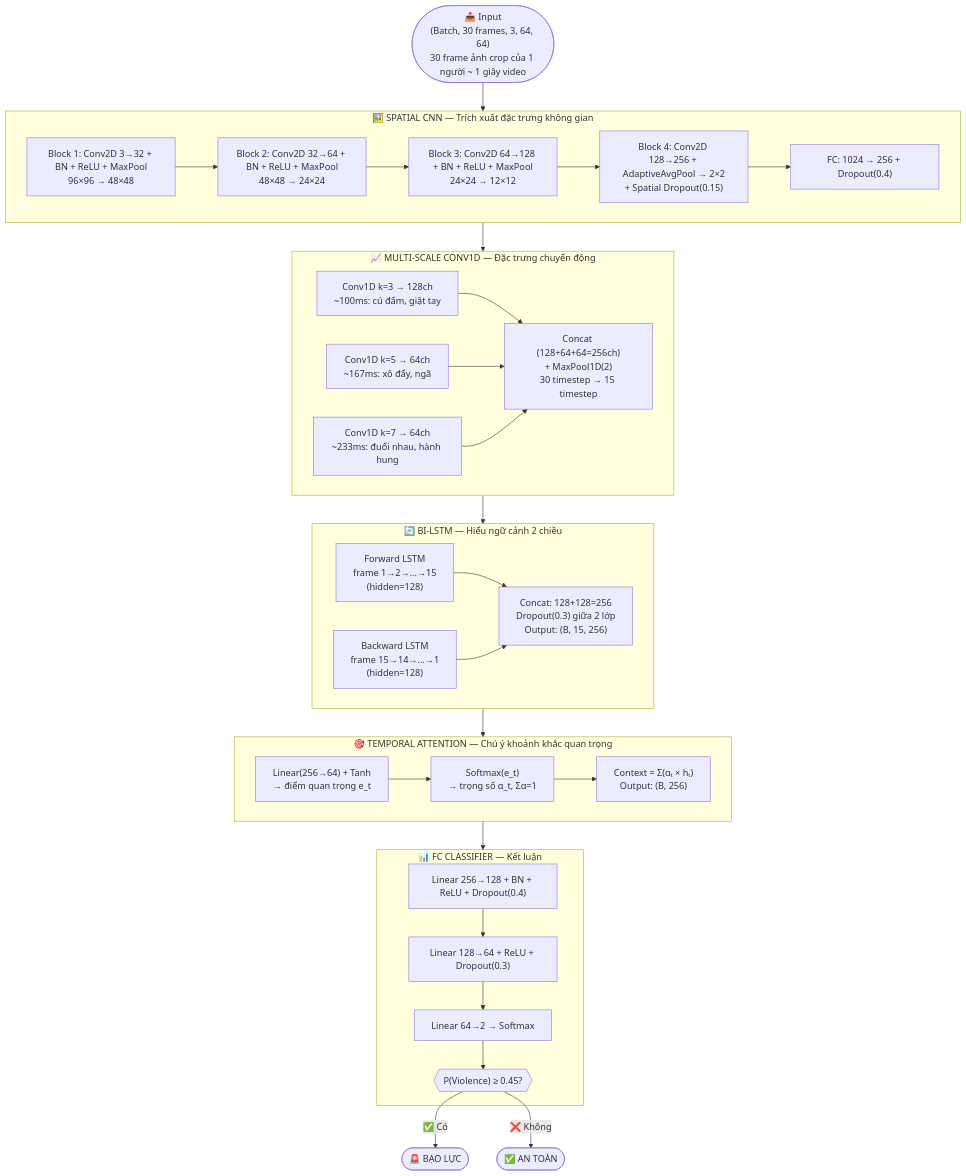
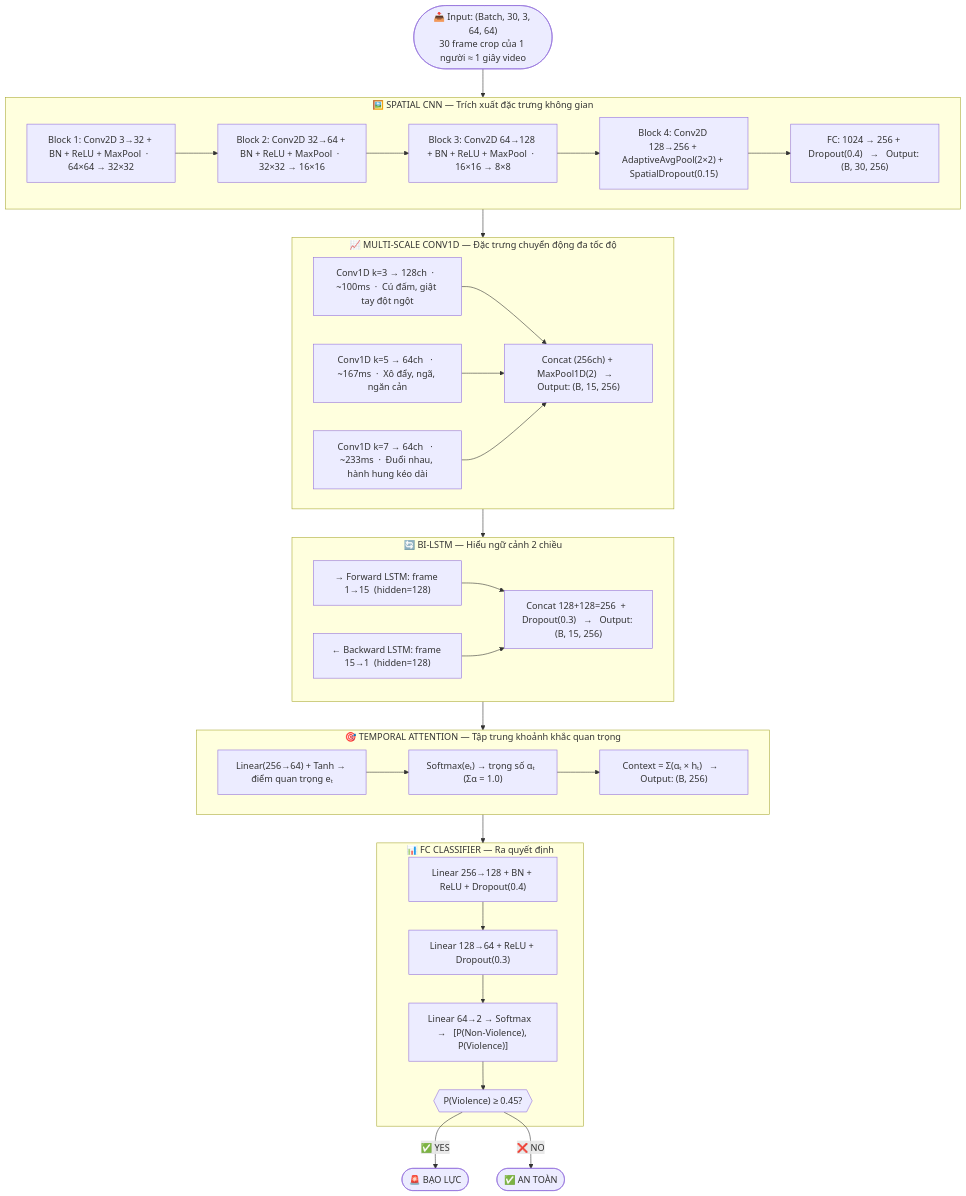
The third of 5 diagrams in README.md (MinhkhoaDS22/dectect_violence_in_school), drawn with Mermaid before and after one commit. The commit also changed other lines of this file and 17 other files, not shown here.

````diff
--- a/README.md
+++ b/README.md
@@ -122,47 +167,47 @@
 ```mermaid
 flowchart TD
-    IN(["📥 Input\n(Batch, 30 frames, 3, 64, 64)\n30 frame ảnh crop của 1 người ~ 1 giây video"])
+    IN(["📥 Input: (Batch, 30, 3, 64, 64)\n30 frame crop của 1 người ≈ 1 giây video"])
 
     subgraph CNN["🖼️ SPATIAL CNN — Trích xuất đặc trưng không gian"]
-        CN1["Block 1: Conv2D 3→32 + BN + ReLU + MaxPool\n96×96 → 48×48"]
-        CN2["Block 2: Conv2D 32→64 + BN + ReLU + MaxPool\n48×48 → 24×24"]
-        CN3["Block 3: Conv2D 64→128 + BN + ReLU + MaxPool\n24×24 → 12×12"]
-        CN4["Block 4: Conv2D 128→256 + AdaptiveAvgPool → 2×2\n+ Spatial Dropout(0.15)"]
-        CN5["FC: 1024 → 256 + Dropout(0.4)"]
+        CN1["Block 1: Conv2D 3→32 + BN + ReLU + MaxPool  ·  64×64 → 32×32"]
+        CN2["Block 2: Conv2D 32→64 + BN + ReLU + MaxPool  ·  32×32 → 16×16"]
+        CN3["Block 3: Conv2D 64→128 + BN + ReLU + MaxPool  ·  16×16 → 8×8"]
+        CN4["Block 4: Conv2D 128→256 + AdaptiveAvgPool(2×2) + SpatialDropout(0.15)"]
+        CN5["FC: 1024 → 256 + Dropout(0.4)   →   Output: (B, 30, 256)"]
         CN1 --> CN2 --> CN3 --> CN4 --> CN5
     end
 
-    subgraph MS["📈 MULTI-SCALE CONV1D — Đặc trưng chuyển động"]
-        MS1["Conv1D k=3 → 128ch\n~100ms: cú đấm, giật tay"]
-        MS2["Conv1D k=5 → 64ch\n~167ms: xô đẩy, ngã"]
-        MS3["Conv1D k=7 → 64ch\n~233ms: đuổi nhau, hành hung"]
-        MS4["Concat (128+64+64=256ch)\n+ MaxPool1D(2)\n30 timestep → 15 timestep"]
+    subgraph MS["📈 MULTI-SCALE CONV1D — Đặc trưng chuyển động đa tốc độ"]
+        MS1["Conv1D k=3 → 128ch  ·  ~100ms  ·  Cú đấm, giật tay đột ngột"]
+        MS2["Conv1D k=5 → 64ch   ·  ~167ms  ·  Xô đẩy, ngã, ngăn cản"]
+        MS3["Conv1D k=7 → 64ch   ·  ~233ms  ·  Đuổi nhau, hành hung kéo dài"]
+        MS4["Concat (256ch) + MaxPool1D(2)   →   Output: (B, 15, 256)"]
         MS1 & MS2 & MS3 --> MS4
     end
 
     subgraph BI["🔄 BI-LSTM — Hiểu ngữ cảnh 2 chiều"]
-        BL1["Forward LSTM\nframe 1→2→...→15\n(hidden=128)"]
-        BL2["Backward LSTM\nframe 15→14→...→1\n(hidden=128)"]
-        BL3["Concat: 128+128=256\nDropout(0.3) giữa 2 lớp\nOutput: (B, 15, 256)"]
+        BL1["→ Forward LSTM: frame 1→15  (hidden=128)"]
+        BL2["← Backward LSTM: frame 15→1  (hidden=128)"]
+        BL3["Concat 128+128=256  +  Dropout(0.3)   →   Output: (B, 15, 256)"]
         BL1 & BL2 --> BL3
     end
 
-    subgraph AT["🎯 TEMPORAL ATTENTION — Chú ý khoảnh khắc quan trọng"]
-        AT1["Linear(256→64) + Tanh\n→ điểm quan trọng e_t"]
-        AT2["Softmax(e_t)\n→ trọng số α_t, Σα=1"]
-        AT3["Context = Σ(αₜ × hₜ)\nOutput: (B, 256)"]
+    subgraph AT["🎯 TEMPORAL ATTENTION — Tập trung khoảnh khắc quan trọng"]
+        AT1["Linear(256→64) + Tanh → điểm quan trọng eₜ"]
+        AT2["Softmax(eₜ) → trọng số αₜ  (Σα = 1.0)"]
+        AT3["Context = Σ(αₜ × hₜ)   →   Output: (B, 256)"]
         AT1 --> AT2 --> AT3
     end
 
-    subgraph FC["📊 FC CLASSIFIER — Kết luận"]
+    subgraph FC["📊 FC CLASSIFIER — Ra quyết định"]
         FC1["Linear 256→128 + BN + ReLU + Dropout(0.4)"]
         FC2["Linear 128→64 + ReLU + Dropout(0.3)"]
-        FC3["Linear 64→2 → Softmax"]
+        FC3["Linear 64→2 → Softmax   →   [P(Non-Violence), P(Violence)]"]
         FC4{{"P(Violence) ≥ 0.45?"}}
         FC1 --> FC2 --> FC3 --> FC4
     end
 
     IN --> CNN --> MS --> BI --> AT --> FC
-    FC4 -->|"✅ Có"| OUT1(["🚨 BẠO LỰC"])
-    FC4 -->|"❌ Không"| OUT2(["✅ AN TOÀN"])
+    FC4 -->|"✅ YES"| OUT1(["🚨 BẠO LỰC"])
+    FC4 -->|"❌ NO"| OUT2(["✅ AN TOÀN"])
 ```
````
